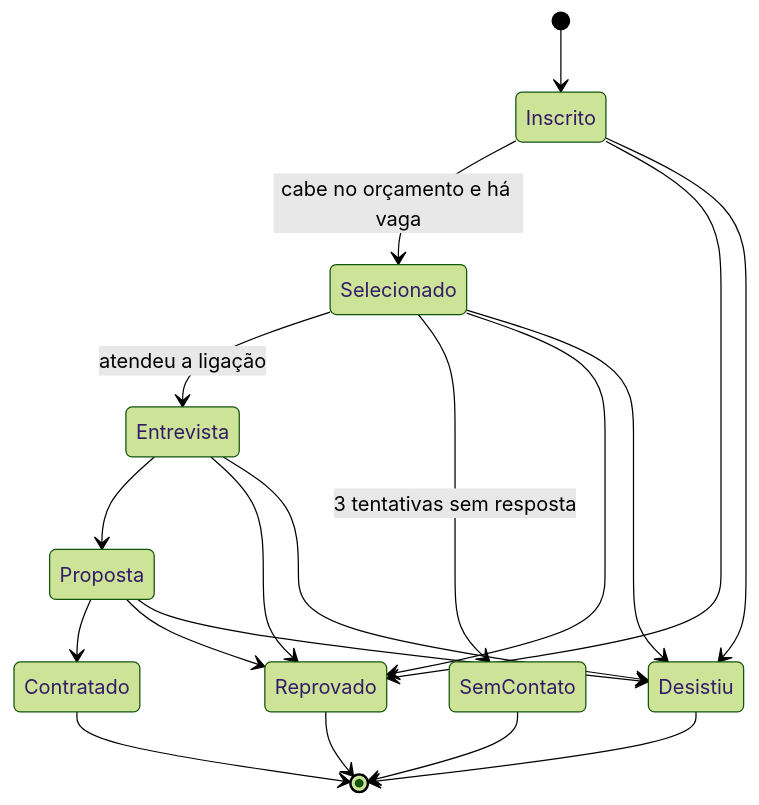
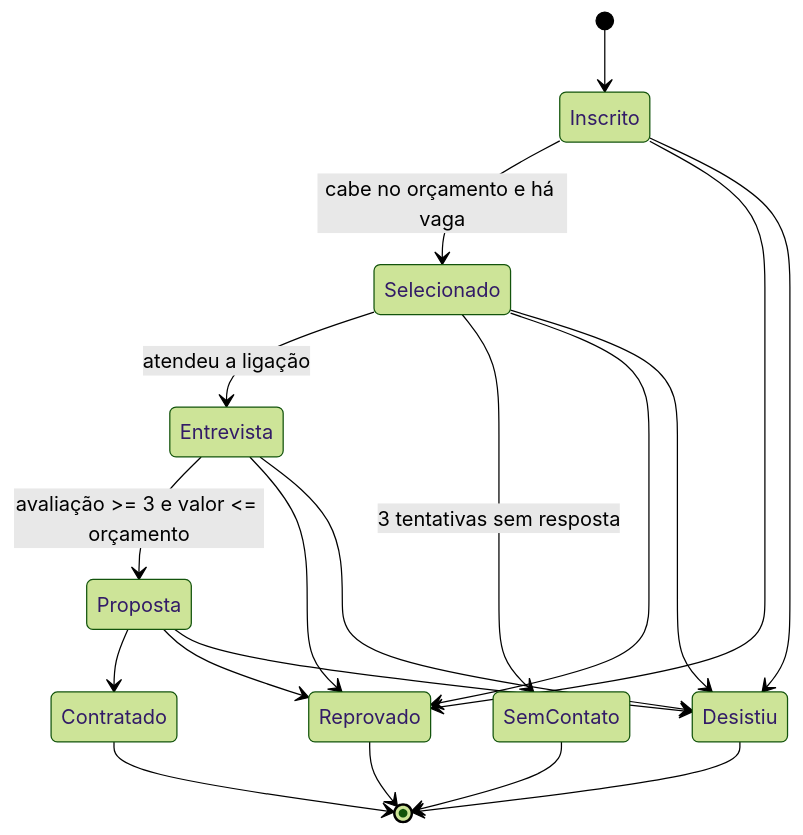
The diagram in README.md (barbozadevti/crivo), drawn with Mermaid (forest theme) before and after one commit. The commit also changed other lines of this file and 49 other files, not shown here.

First line of the commit message:
Visão geral, compatibilidade, avaliação e proposta, notas e página de carreiras

````diff
--- a/README.md
+++ b/README.md
@@ -89,21 +94,21 @@
 ```mermaid
 stateDiagram-v2
   [*] --> Inscrito
   Inscrito --> Selecionado: cabe no orçamento e há vaga
-  Inscrito --> Reprovado
-  Inscrito --> Desistiu
   Selecionado --> Entrevista: atendeu a ligação
   Selecionado --> SemContato: 3 tentativas sem resposta
+  Entrevista --> Proposta: avaliação >= 3 e valor <= orçamento
+  Proposta --> Contratado
+  Inscrito --> Reprovado
   Selecionado --> Reprovado
+  Entrevista --> Reprovado
+  Proposta --> Reprovado
+  Inscrito --> Desistiu
   Selecionado --> Desistiu
-  Entrevista --> Proposta
-  Entrevista --> Reprovado
   Entrevista --> Desistiu
-  Proposta --> Contratado
-  Proposta --> Reprovado
   Proposta --> Desistiu
   Contratado --> [*]
   SemContato --> [*]
   Reprovado --> [*]
   Desistiu --> [*]
 ```
````
